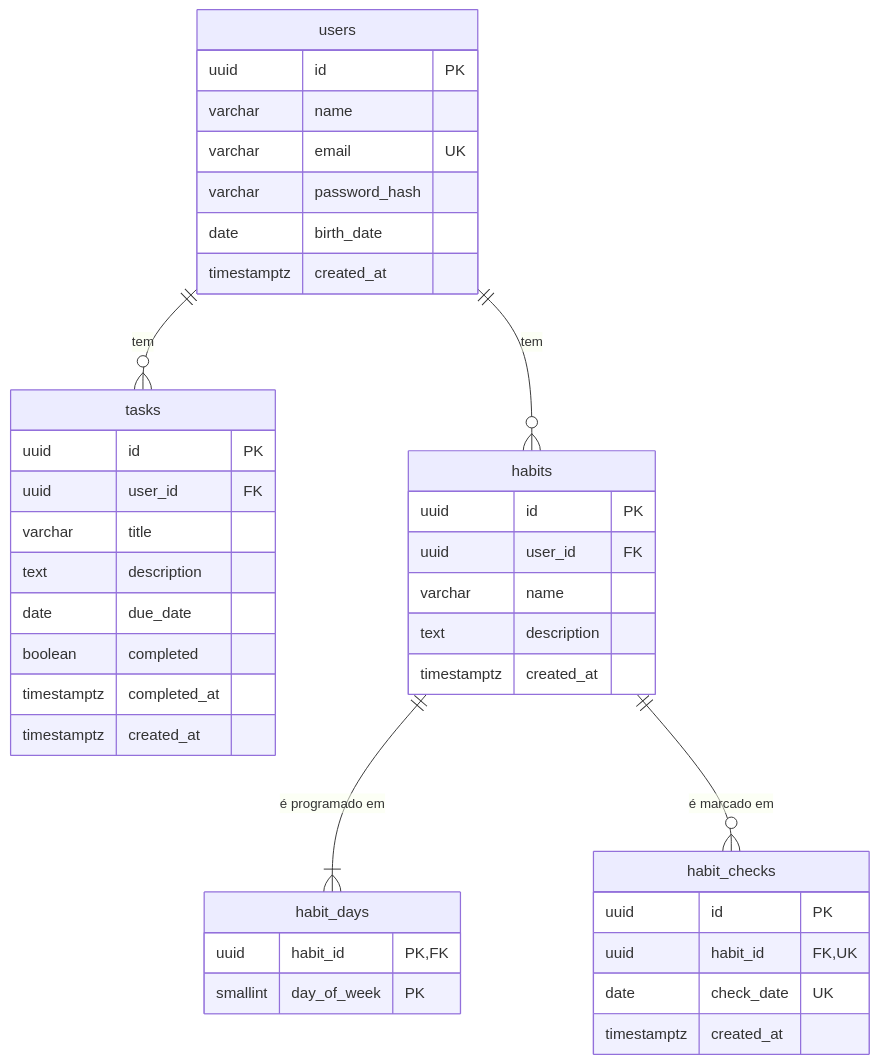
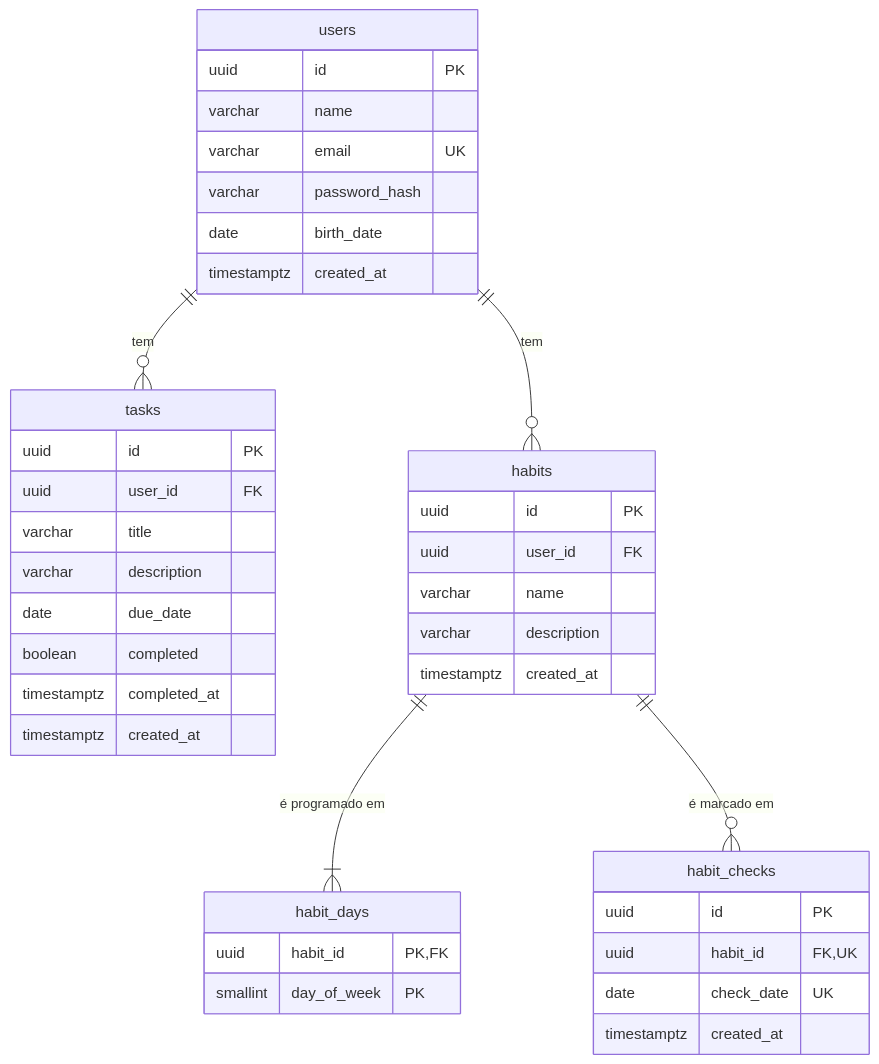
Before and after one commit to alcamarano/astrobit: the diagram in docs/banco-de-dados.md, drawn with Mermaid. The commit also changed other lines of this file and 1 other file, not shown here.

Commit message:
docs: limita a descrição a 300 caracteres

````diff
--- a/docs/banco-de-dados.md
+++ b/docs/banco-de-dados.md
@@ -22,47 +22,47 @@
 ```mermaid
 erDiagram
     users ||--o{ tasks : "tem"
     users ||--o{ habits : "tem"
     habits ||--|{ habit_days : "é programado em"
     habits ||--o{ habit_checks : "é marcado em"
 
     users {
         uuid id PK
         varchar name
         varchar email UK
         varchar password_hash
         date birth_date
         timestamptz created_at
     }
 
     tasks {
         uuid id PK
         uuid user_id FK
         varchar title
-        text description
+        varchar description
         date due_date
         boolean completed
         timestamptz completed_at
         timestamptz created_at
     }
 
     habits {
         uuid id PK
         uuid user_id FK
         varchar name
-        text description
+        varchar description
         timestamptz created_at
     }
 
     habit_days {
         uuid habit_id PK, FK
         smallint day_of_week PK
     }
 
     habit_checks {
         uuid id PK
         uuid habit_id FK, UK
         date check_date UK
         timestamptz created_at
     }
 ```
````
